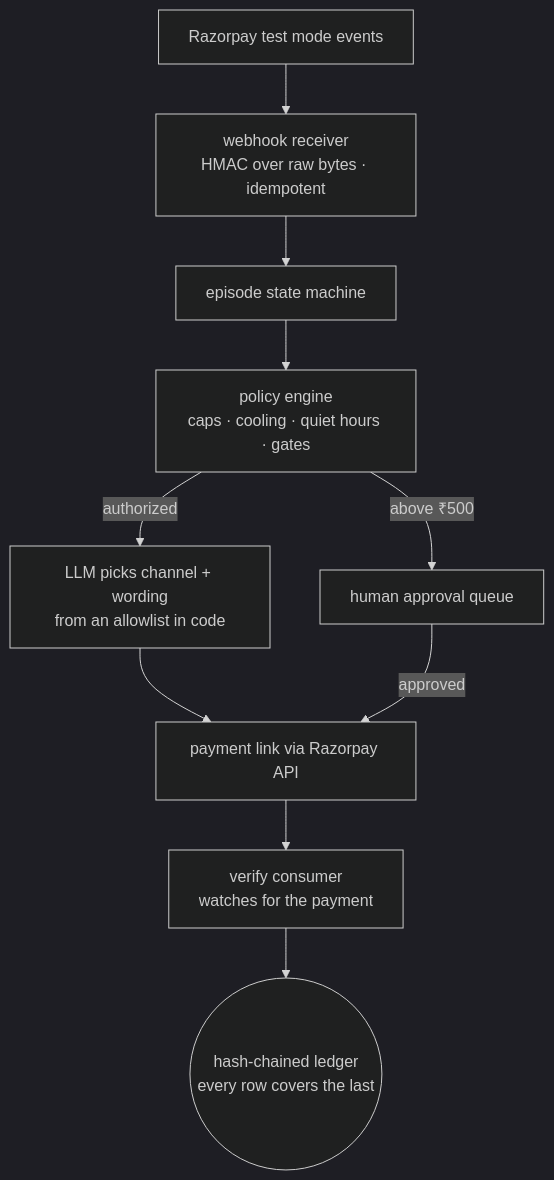
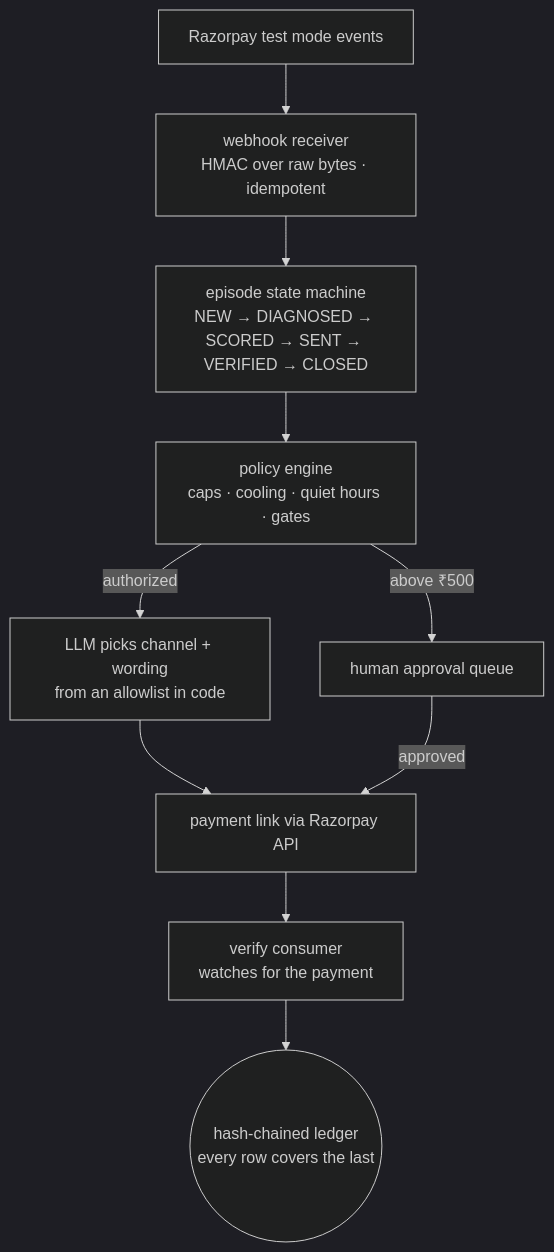
Before and after one commit to krishnav0411/vaapsi: the diagram in README.md, drawn with Mermaid (dark theme). The commit also changed other lines of this file, not shown here.

````diff
--- a/README.md
+++ b/README.md
@@ -128,12 +100,12 @@
 ```mermaid
 flowchart TD
     RZ[Razorpay test mode events] --> WG[webhook receiver<br/>HMAC over raw bytes · idempotent]
-    WG --> SM[episode state machine]
+    WG --> SM[episode state machine<br/>NEW → DIAGNOSED → SCORED → SENT → VERIFIED → CLOSED]
     SM --> PE[policy engine<br/>caps · cooling · quiet hours · gates]
     PE -->|authorized| LLM[LLM picks channel + wording<br/>from an allowlist in code]
     PE -->|above ₹500| HG[human approval queue]
     LLM --> PL[payment link via Razorpay API]
     HG -->|approved| PL
     PL --> VC[verify consumer<br/>watches for the payment]
     VC --> LED((hash-chained ledger<br/>every row covers the last))
 ```
````
